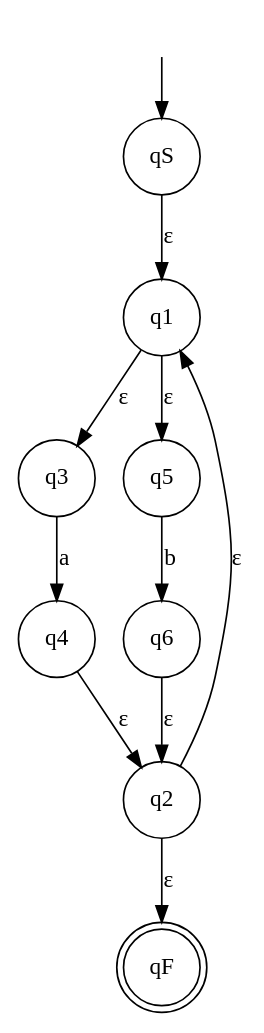
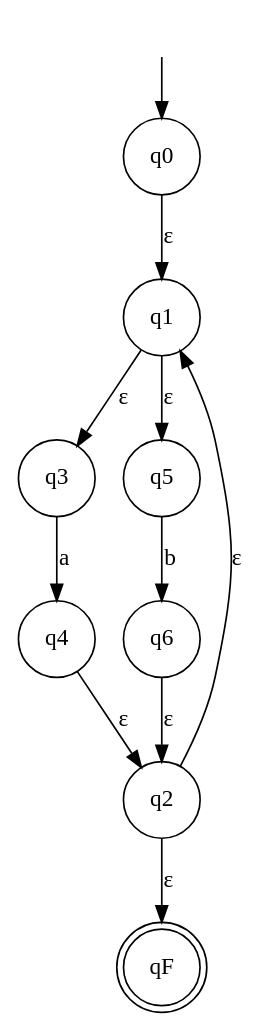
Before and after one commit to Waylon194/Formele-methode: the diagram in ProjectFormeleMethodes/Visualization/Graphs/TestGraphNDFA.dot, drawn with Graphviz. The commit also changed 9 other files, not shown here.

```diff
--- a/ProjectFormeleMethodes/Visualization/Graphs/TestGraphNDFA.dot
+++ b/ProjectFormeleMethodes/Visualization/Graphs/TestGraphNDFA.dot
@@ -1,1 +1,1 @@
-digraph{ { node[style = invis, shape = none, label = " ", width = 0, height = 0] SSS } node [shape = doublecircle]; qF ;  node [shape = circle]; SSS-> qS q1 -> q3 [ label = "ɛ" ]; q1 -> q5 [ label = "ɛ" ]; q2 -> q1 [ label = "ɛ" ]; q2 -> qF [ label = "ɛ" ]; q3 -> q4 [ label = "a" ]; q4 -> q2 [ label = "ɛ" ]; q5 -> q6 [ label = "b" ]; q6 -> q2 [ label = "ɛ" ]; qS -> q1 [ label = "ɛ" ]; }
+digraph{ { node[style = invis, shape = none, label = " ", width = 0, height = 0] SSS } node [shape = doublecircle]; qF ;  node [shape = circle]; SSS-> q0 q0 -> q1 [ label = "ɛ" ]; q1 -> q3 [ label = "ɛ" ]; q1 -> q5 [ label = "ɛ" ]; q2 -> q1 [ label = "ɛ" ]; q2 -> qF [ label = "ɛ" ]; q3 -> q4 [ label = "a" ]; q4 -> q2 [ label = "ɛ" ]; q5 -> q6 [ label = "b" ]; q6 -> q2 [ label = "ɛ" ]; }
```
